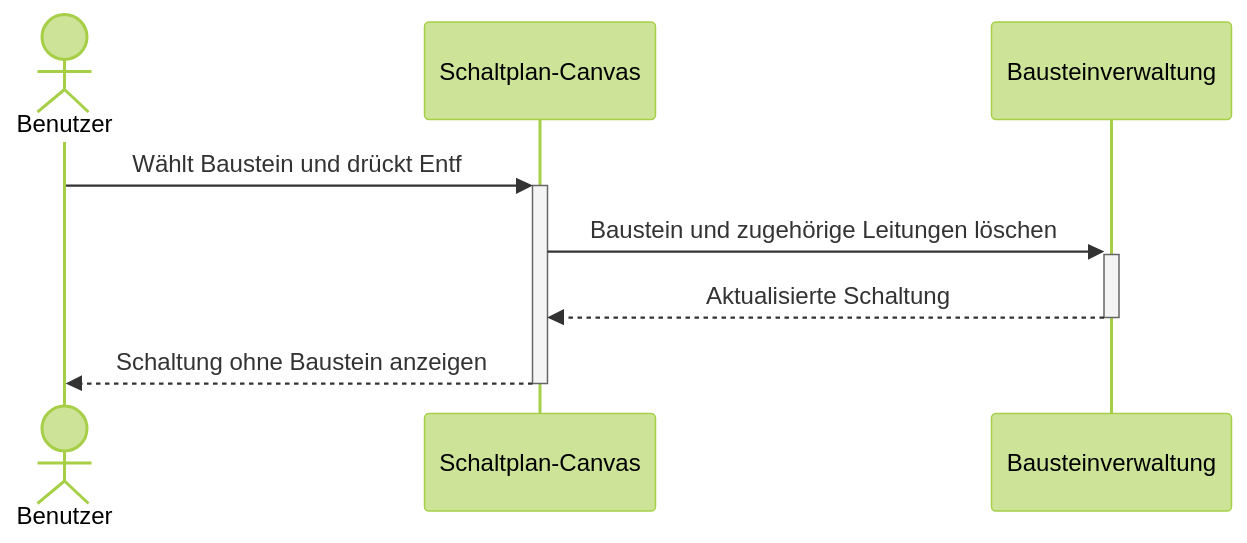
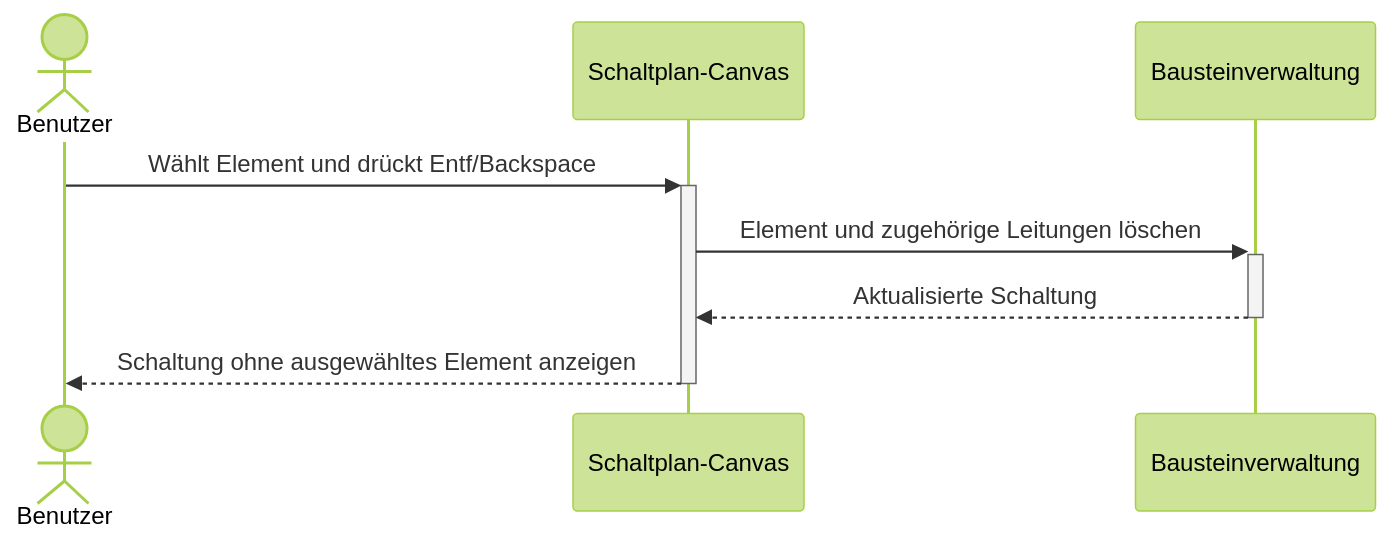
Before and after one commit to BitFlow-DHBW/BitFlow: diagram 24 of 43 in docs/use_cases/software_requirements_specification.md, drawn with Mermaid (forest theme). The commit also changed other lines of this file and 9 other files, not shown here.

````diff
--- a/docs/use_cases/software_requirements_specification.md
+++ b/docs/use_cases/software_requirements_specification.md
@@ -793,11 +849,11 @@
 ```mermaid
 sequenceDiagram
     actor Benutzer
     participant Canvas as Schaltplan-Canvas
     participant System as Bausteinverwaltung
 
-    Benutzer ->>+ Canvas: Wählt Baustein und drückt Entf
-    Canvas ->>+ System: Baustein und zugehörige Leitungen löschen
+    Benutzer ->>+ Canvas: Wählt Element und drückt Entf/Backspace
+    Canvas ->>+ System: Element und zugehörige Leitungen löschen
     System -->>- Canvas: Aktualisierte Schaltung
-    Canvas -->>- Benutzer: Schaltung ohne Baustein anzeigen
+    Canvas -->>- Benutzer: Schaltung ohne ausgewähltes Element anzeigen
 ```
````
